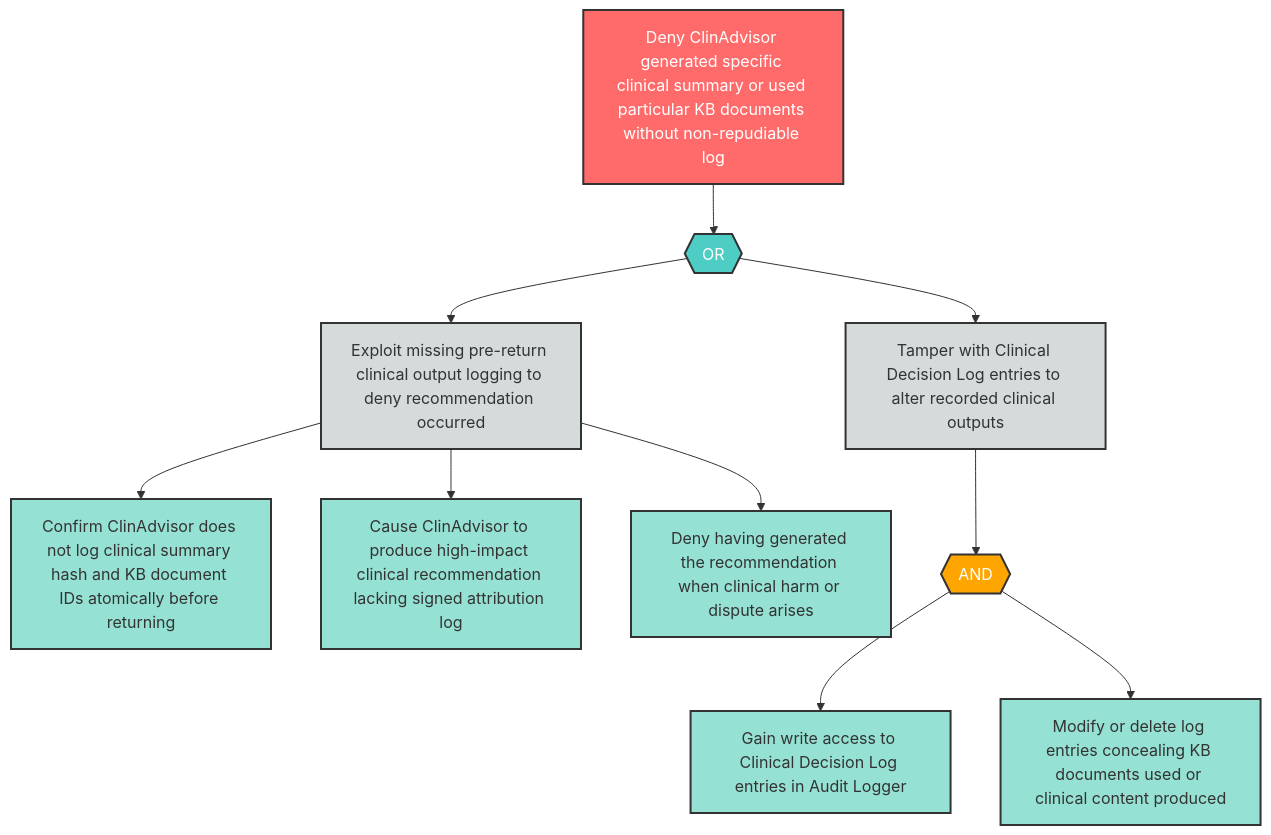
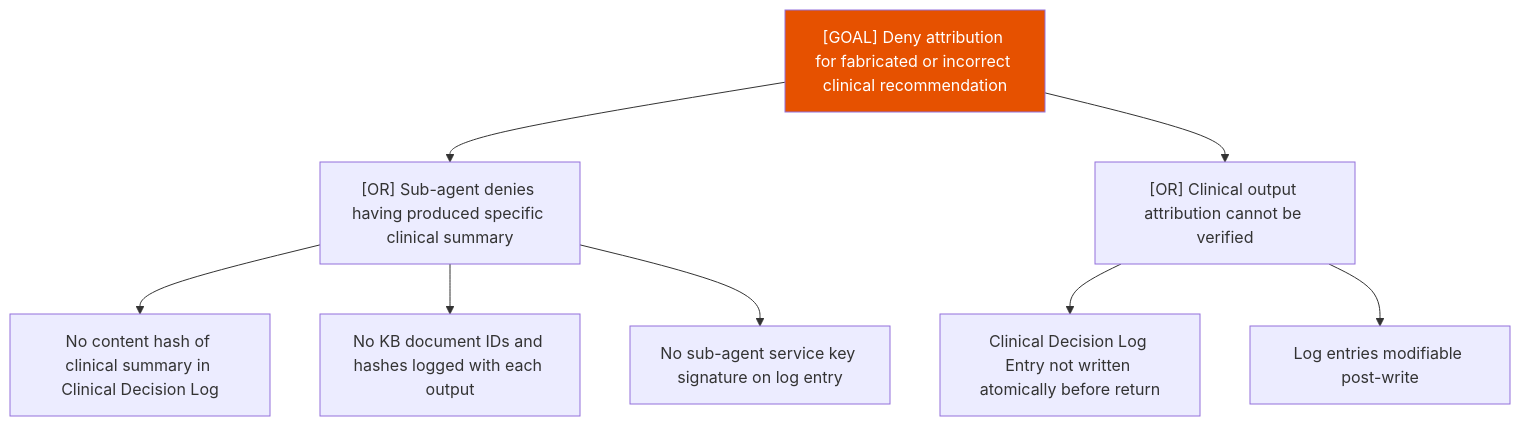
The diagram in examples/agentic-app/sample-report/attack-trees/r-9-attack-tree.md (q-qp-p/davidmatousek-tachi), drawn with Mermaid before and after one commit. The commit also changed other lines of this file and 132 other files, not shown here.

````diff
--- a/examples/agentic-app/sample-report/attack-trees/r-9-attack-tree.md
+++ b/examples/agentic-app/sample-report/attack-trees/r-9-attack-tree.md
@@ -8,35 +7,13 @@
 ```mermaid
-flowchart TD
-    R9_root["Deny ClinAdvisor generated specific clinical summary or used particular KB documents without non-repudiable log"]
-    R9_or1{{"OR"}}
-    R9_sub1["Exploit missing pre-return clinical output logging to deny recommendation occurred"]
-    R9_sub2["Tamper with Clinical Decision Log entries to alter recorded clinical outputs"]
-    R9_leaf1["Confirm ClinAdvisor does not log clinical summary hash and KB document IDs atomically before returning"]
-    R9_leaf2["Cause ClinAdvisor to produce high-impact clinical recommendation lacking signed attribution log"]
-    R9_leaf3["Deny having generated the recommendation when clinical harm or dispute arises"]
-    R9_and1{{"AND"}}
-    R9_leaf4["Gain write access to Clinical Decision Log entries in Audit Logger"]
-    R9_leaf5["Modify or delete log entries concealing KB documents used or clinical content produced"]
-
-    R9_root --> R9_or1
-    R9_or1 --> R9_sub1
-    R9_or1 --> R9_sub2
-    R9_sub1 --> R9_leaf1
-    R9_sub1 --> R9_leaf2
-    R9_sub1 --> R9_leaf3
-    R9_sub2 --> R9_and1
-    R9_and1 --> R9_leaf4
-    R9_and1 --> R9_leaf5
-
-    classDef goal fill:#ff6b6b,stroke:#333,stroke-width:2px,color:#fff
-    classDef andGate fill:#ffa500,stroke:#333,stroke-width:2px,color:#fff
-    classDef orGate fill:#4ecdc4,stroke:#333,stroke-width:2px,color:#fff
-    classDef subGoal fill:#d5dbdb,stroke:#333,stroke-width:2px,color:#333
-    classDef leaf fill:#95e1d3,stroke:#333,stroke-width:2px,color:#333
-
-    class R9_root goal
-    class R9_or1 orGate
-    class R9_and1 andGate
-    class R9_sub1,R9_sub2 subGoal
-    class R9_leaf1,R9_leaf2,R9_leaf3,R9_leaf4,R9_leaf5 leaf
+graph TD
+    Goal["[GOAL] Deny attribution for fabricated or incorrect clinical recommendation"]
+    Goal --> A["[OR] Sub-agent denies having produced specific clinical summary"]
+    A --> A1["No content hash of clinical summary in Clinical Decision Log"]
+    A --> A2["No KB document IDs and hashes logged with each output"]
+    A --> A3["No sub-agent service key signature on log entry"]
+    Goal --> B["[OR] Clinical output attribution cannot be verified"]
+    B --> B1["Clinical Decision Log Entry not written atomically before return"]
+    B --> B2["Log entries modifiable post-write"]
+    classDef high fill:#e65100,color:#fff
+    class Goal high
 ```
````
